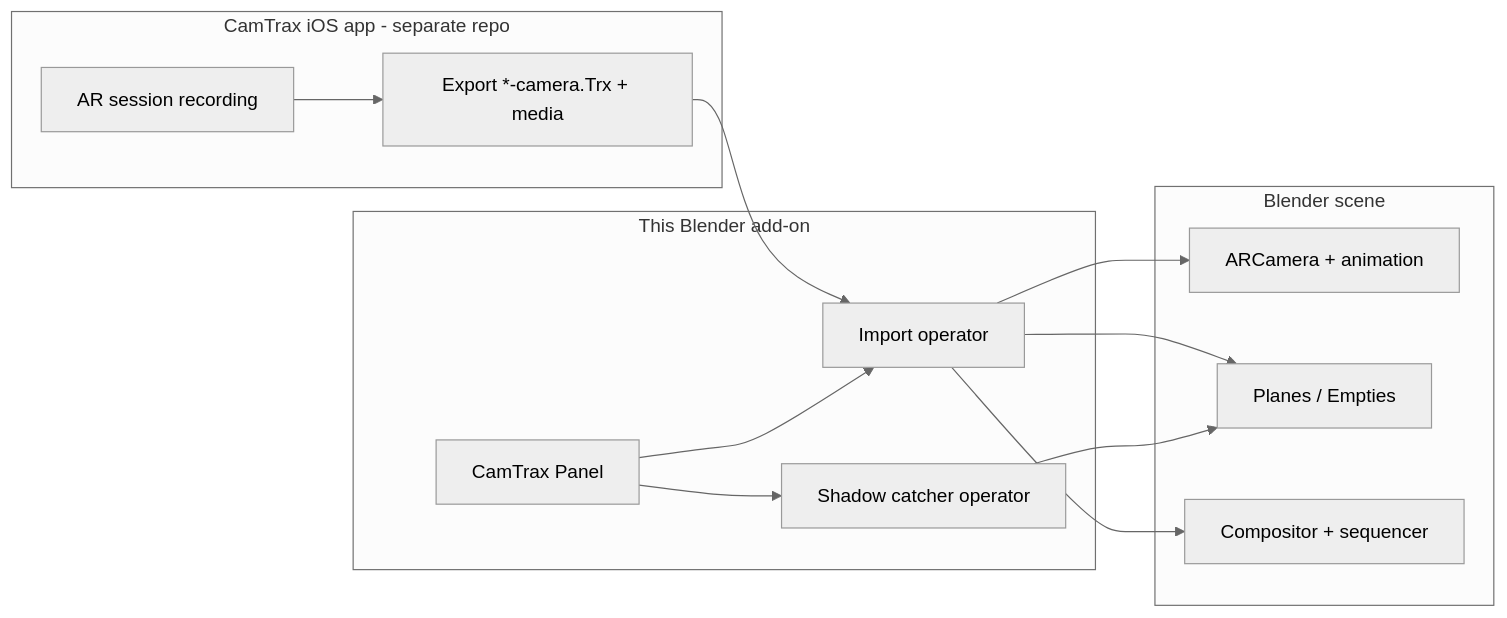
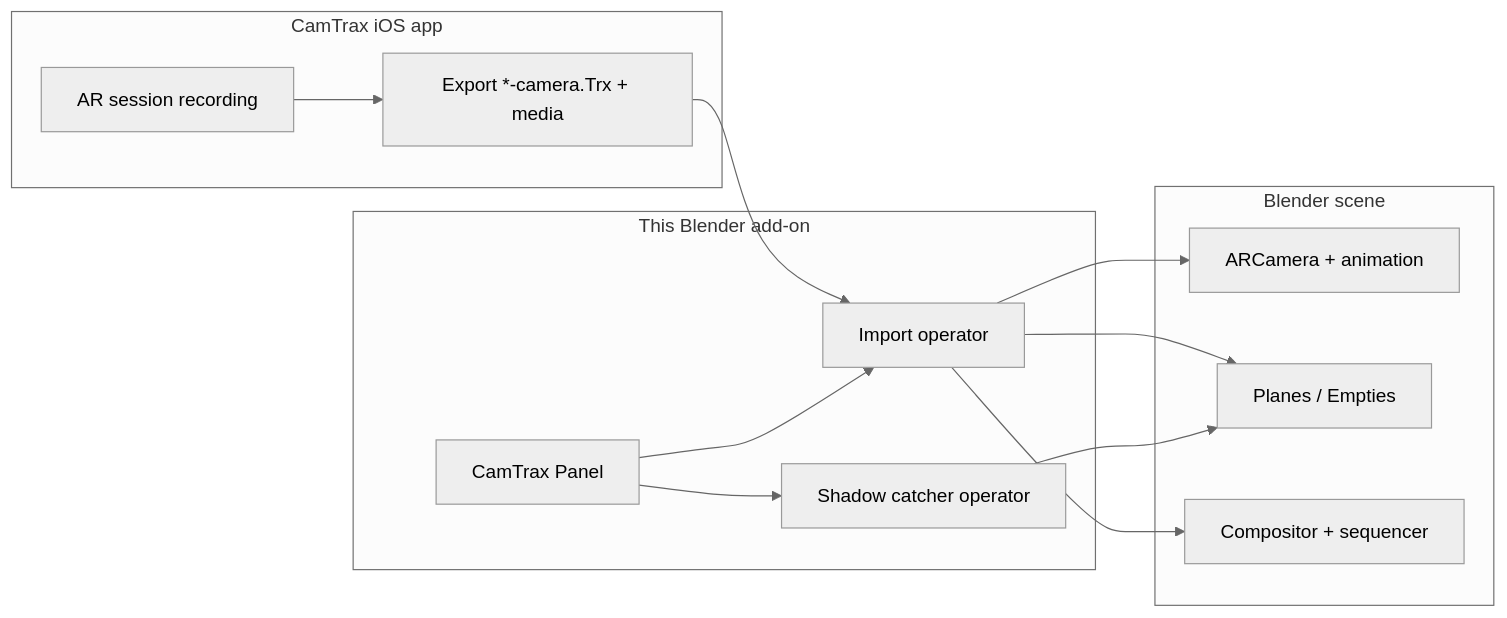
One commit to CamTrax/CamTrax_Blender_Addon changed the first of 2 diagrams in docs/architecture.md. Above: the diagram before and after it, drawn with Mermaid (neutral theme). The commit also changed other lines of this file and 6 other files, not shown here.

````diff
--- a/docs/architecture.md
+++ b/docs/architecture.md
@@ -7,25 +9,25 @@
 ```mermaid
 flowchart LR
-  subgraph ios [CamTrax iOS app - separate repo]
+  subgraph ios [CamTrax iOS app]
     Rec[AR session recording]
     Export["Export *-camera.Trx + media"]
   end
   subgraph addon [This Blender add-on]
     UI[CamTrax Panel]
     Imp[Import operator]
     Sh[Shadow catcher operator]
   end
   subgraph blender [Blender scene]
     Cam[ARCamera + animation]
     Planes[Planes / Empties]
     Comp[Compositor + sequencer]
   end
   Rec --> Export
   Export --> Imp
   UI --> Imp
   UI --> Sh
   Imp --> Cam
   Imp --> Planes
   Imp --> Comp
   Sh --> Planes
 ```
````
